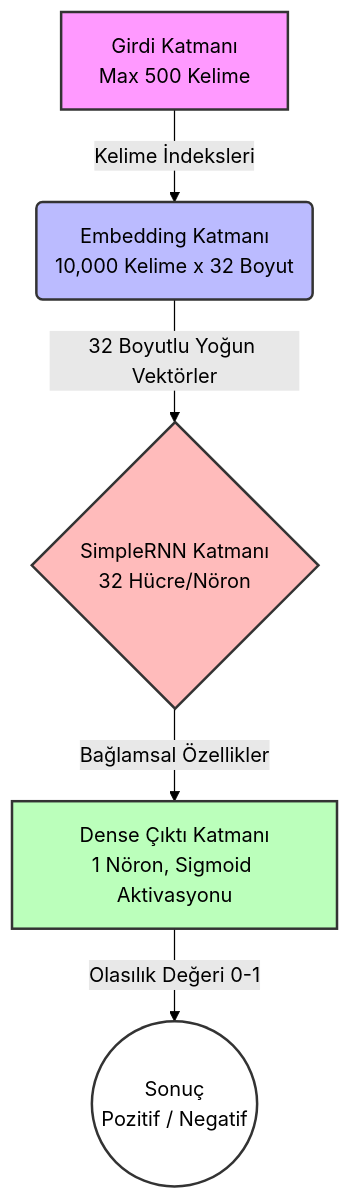
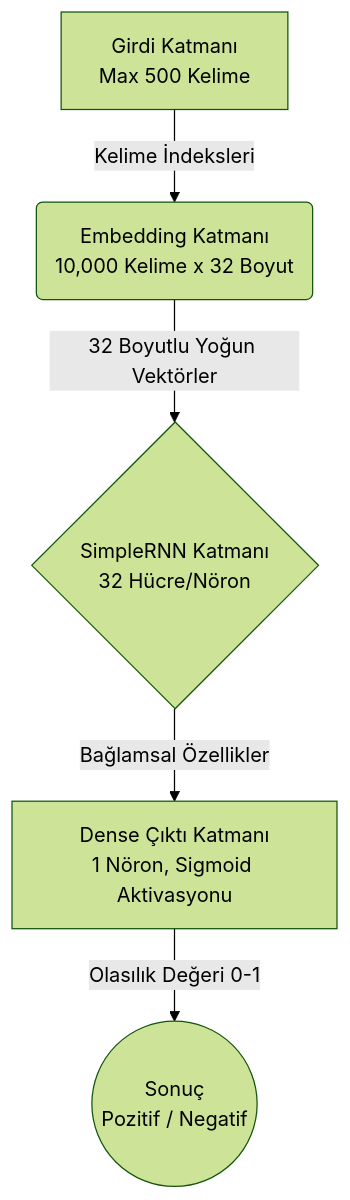
One commit to Meszn/RNN_duygu_analizi changed the diagram in README.md. Above: the diagram before and after it, drawn with Mermaid (forest theme).

Commit message:
Mermaid şema renkleri düzeltildi

````diff
--- a/README.md
+++ b/README.md
@@ -9,13 +9,7 @@
 ```mermaid
 graph TD
     A[Girdi Katmanı<br/>Max 500 Kelime] -->|Kelime İndeksleri| B(Embedding Katmanı<br/>10,000 Kelime x 32 Boyut)
     B -->|32 Boyutlu Yoğun Vektörler| C{SimpleRNN Katmanı<br/>32 Hücre/Nöron}
     C -->|Bağlamsal Özellikler| D[Dense Çıktı Katmanı<br/>1 Nöron, Sigmoid Aktivasyonu]
     D -->|Olasılık Değeri 0-1| E((Sonuç<br/>Pozitif / Negatif))
-    
-    style A fill:#f9f,stroke:#333,stroke-width:2px
-    style B fill:#bbf,stroke:#333,stroke-width:2px
-    style C fill:#fbb,stroke:#333,stroke-width:2px
-    style D fill:#bfb,stroke:#333,stroke-width:2px
-    style E fill:#fff,stroke:#333,stroke-width:2px
 ```
````
